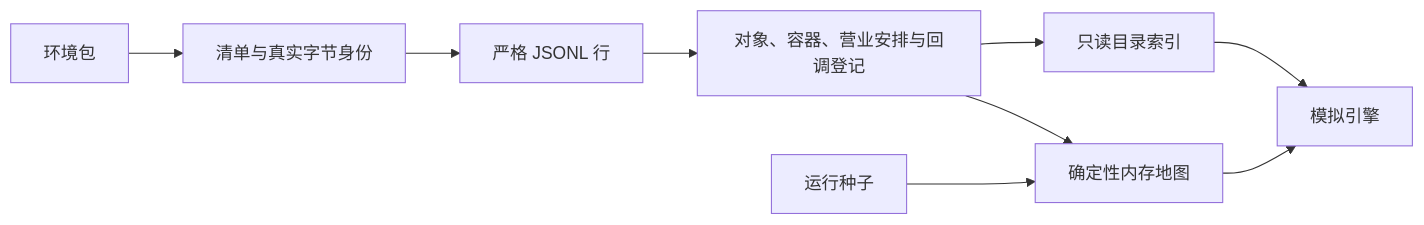
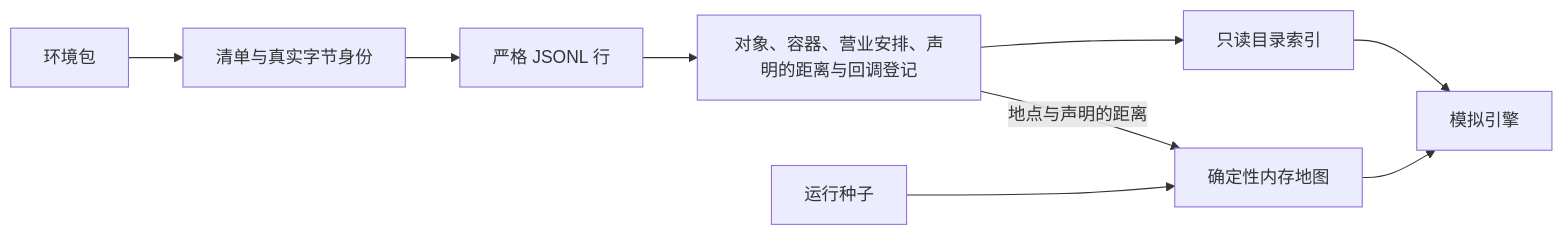
One commit to HoldThatThgt/WorldMock changed the first of 2 diagrams in docs/design/03-resource-engine.md. Above: the diagram before and after it, drawn with Mermaid. The commit also changed other lines of this file and 7 other files, not shown here.

````diff
--- a/docs/design/03-resource-engine.md
+++ b/docs/design/03-resource-engine.md
@@ -10,11 +11,11 @@
 ```mermaid
 flowchart LR
     Package[环境包] --> Manifest[清单与真实字节身份]
     Manifest --> Rows[严格 JSONL 行]
-    Rows --> Registration[对象、容器、营业安排与回调登记]
+    Rows --> Registration[对象、容器、营业安排、声明的距离与回调登记]
     Registration --> Catalog[只读目录索引]
     Seed[运行种子] --> Map[确定性内存地图]
-    Registration --> Map
+    Registration -- 地点与声明的距离 --> Map
     Catalog --> Engine[模拟引擎]
     Map --> Engine
 ```
````
